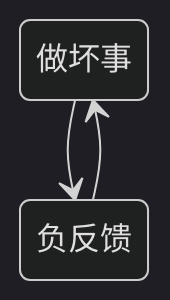
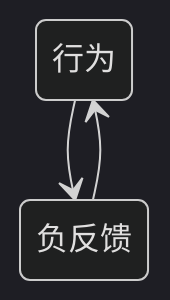
Before and after one commit to 0xcaffebabe/note: the third of 3 diagrams in doc/个人成长/方法论.md, drawn with Mermaid (dark theme). The commit also changed other lines of this file, not shown here.

````diff
--- a/doc/个人成长/方法论.md
+++ b/doc/个人成长/方法论.md
@@ -37,5 +208,5 @@
 ```mermaid
 stateDiagram-v2
-  做坏事 --> 负反馈
-  负反馈 --> 做坏事
+行为 --> 负反馈
+负反馈 --> 行为
 ```
````
